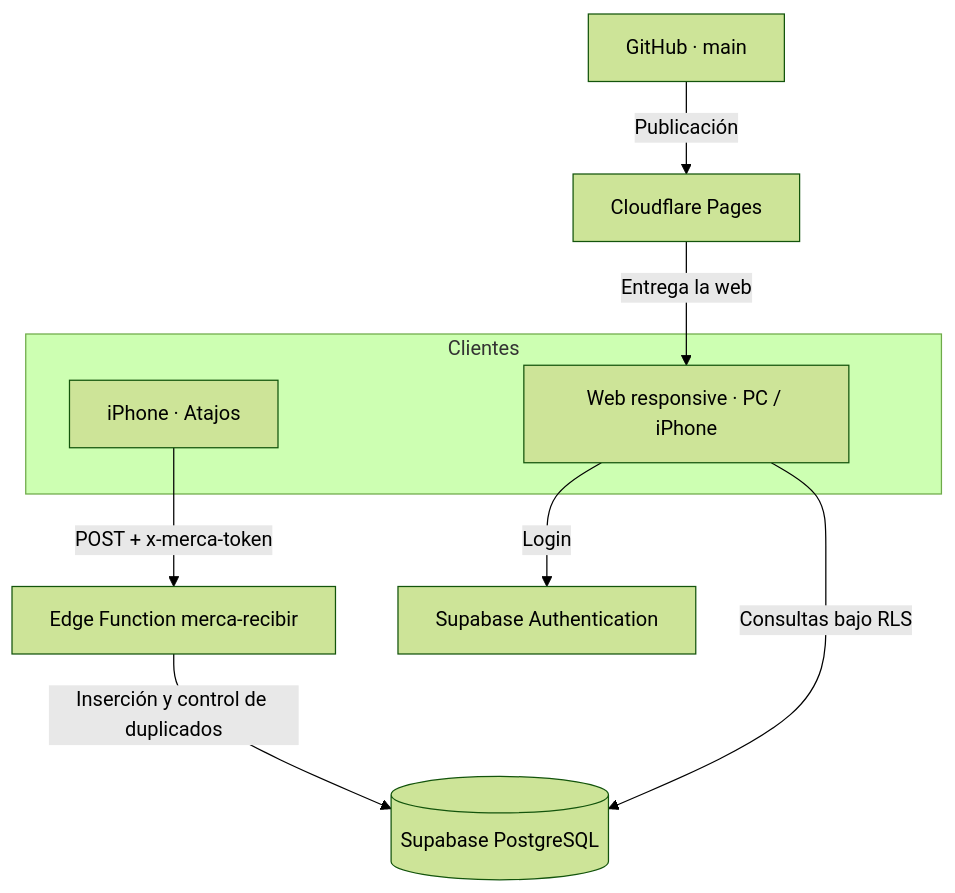
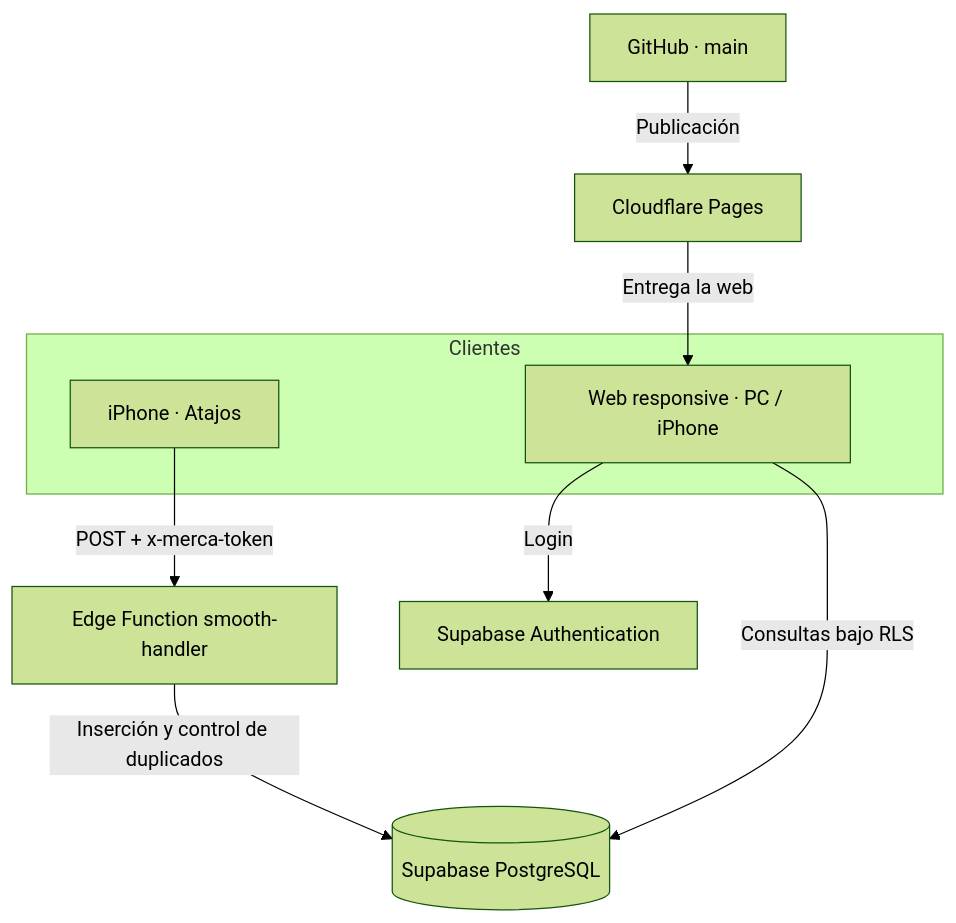
One commit to BaltazarPatane/MERCA-APP changed the second of 2 diagrams in README.md. Above: the diagram before and after it, drawn with Mermaid (forest theme). The commit also changed other lines of this file and 4 other files, not shown here.

````diff
--- a/README.md
+++ b/README.md
@@ -188,13 +188,13 @@
 ```mermaid
 flowchart TB
     subgraph CLIENTES["Clientes"]
       A["iPhone · Atajos"] 
       W["Web responsive · PC / iPhone"]
     end
-    A -->|"POST + x-merca-token"| E["Edge Function merca-recibir"]
+    A -->|"POST + x-merca-token"| E["Edge Function smooth-handler"]
     E -->|"Inserción y control de duplicados"| DB[("Supabase PostgreSQL")]
     W -->|"Login"| AUTH["Supabase Authentication"]
     W -->|"Consultas bajo RLS"| DB
     GH["GitHub · main"] -->|"Publicación"| C["Cloudflare Pages"]
     C -->|"Entrega la web"| W
 ```
````
